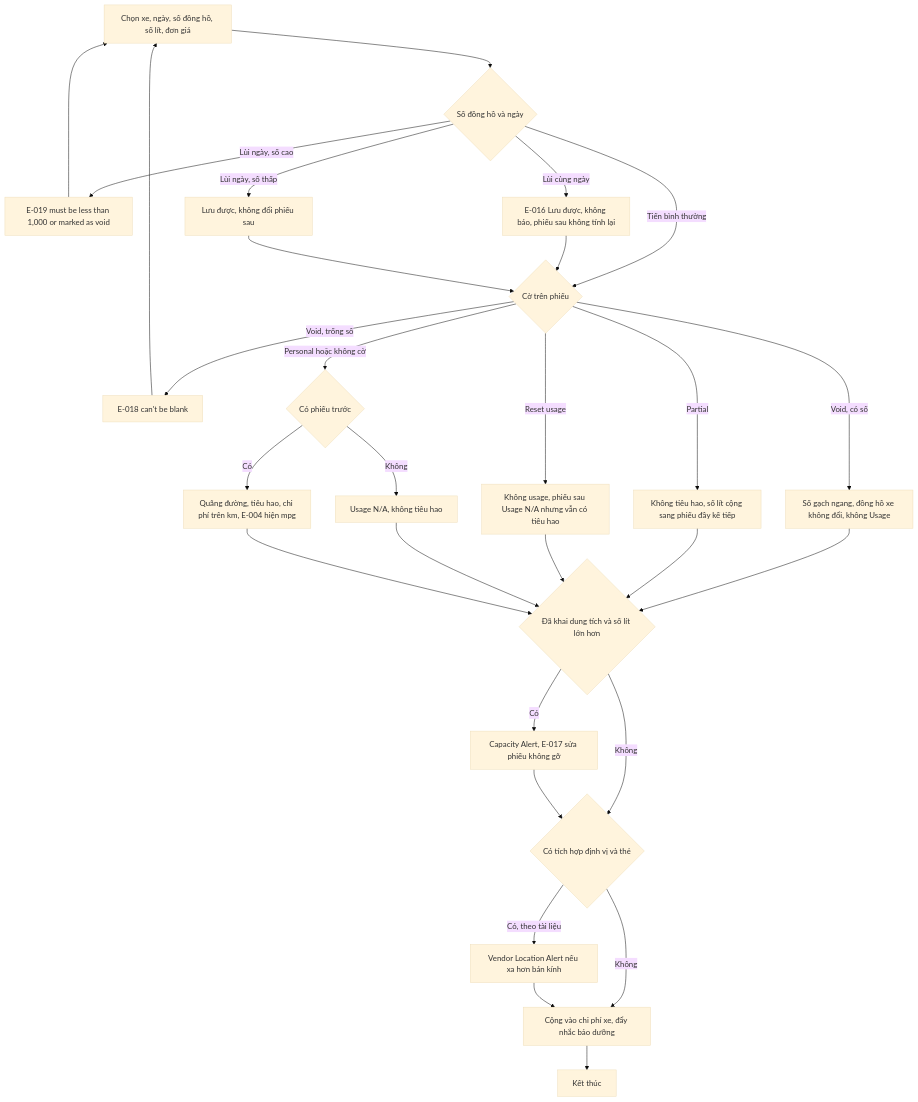
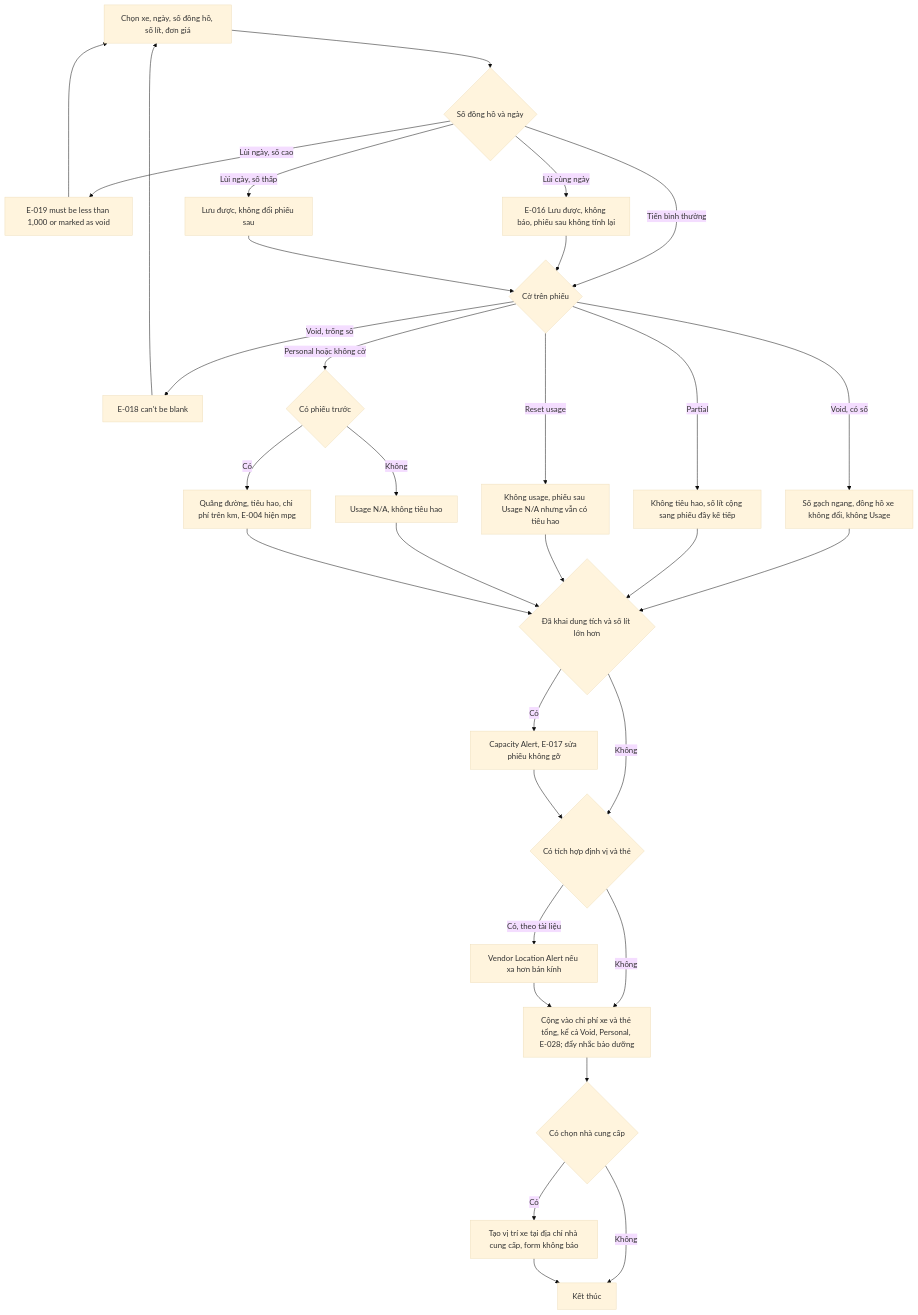
Before and after one commit to szitphan/invlogis: the eighth of 13 diagrams in docs/_research/fleetio/srs/fleetio-parts-purchasing-fuel-flows.md, drawn with Mermaid (base theme). The commit also changed other lines of this file and 113 other files, not shown here.

````diff
--- a/docs/_research/fleetio/srs/fleetio-parts-purchasing-fuel-flows.md
+++ b/docs/_research/fleetio/srs/fleetio-parts-purchasing-fuel-flows.md
@@ -231,31 +245,34 @@
 ```mermaid
 flowchart TD
     A["Chọn xe, ngày, số đồng hồ, số lít, đơn giá"] --> B{"Số đồng hồ và ngày"}
     B -->|"Lùi ngày, số cao"| C["E-019 must be less than 1,000 or marked as void"]
     B -->|"Lùi cùng ngày"| D["E-016 Lưu được, không báo, phiếu sau không tính lại"]
     B -->|"Lùi ngày, số thấp"| E["Lưu được, không đổi phiếu sau"]
     B -->|"Tiến bình thường"| F{"Cờ trên phiếu"}
     C --> A
     D --> F
     E --> F
     F -->|"Void, trống số"| G["E-018 can't be blank"]
     F -->|"Void, có số"| H["Số gạch ngang, đồng hồ xe không đổi, không Usage"]
     F -->|"Partial"| I["Không tiêu hao, số lít cộng sang phiếu đầy kế tiếp"]
     F -->|"Reset usage"| J["Không usage, phiếu sau Usage N/A nhưng vẫn có tiêu hao"]
     F -->|"Personal hoặc không cờ"| K{"Có phiếu trước"}
     G --> A
     K -->|"Không"| L["Usage N/A, không tiêu hao"]
     K -->|"Có"| M["Quãng đường, tiêu hao, chi phí trên km, E-004 hiện mpg"]
     H --> N{"Đã khai dung tích và số lít lớn hơn"}
     I --> N
     J --> N
     L --> N
     M --> N
     N -->|"Có"| O["Capacity Alert, E-017 sửa phiếu không gỡ"]
     N -->|"Không"| P{"Có tích hợp định vị và thẻ"}
     O --> P
     P -->|"Có, theo tài liệu"| Q["Vendor Location Alert nếu xa hơn bán kính"]
-    P -->|"Không"| R["Cộng vào chi phí xe, đẩy nhắc bảo dưỡng"]
+    P -->|"Không"| R["Cộng vào chi phí xe và thẻ tổng, kể cả Void, Personal, E-028; đẩy nhắc bảo dưỡng"]
     Q --> R
-    R --> KetThuc["Kết thúc"]
+    R --> S{"Có chọn nhà cung cấp"}
+    S -->|"Có"| T["Tạo vị trí xe tại địa chỉ nhà cung cấp, form không báo"]
+    S -->|"Không"| KetThuc["Kết thúc"]
+    T --> KetThuc
 ```
````
